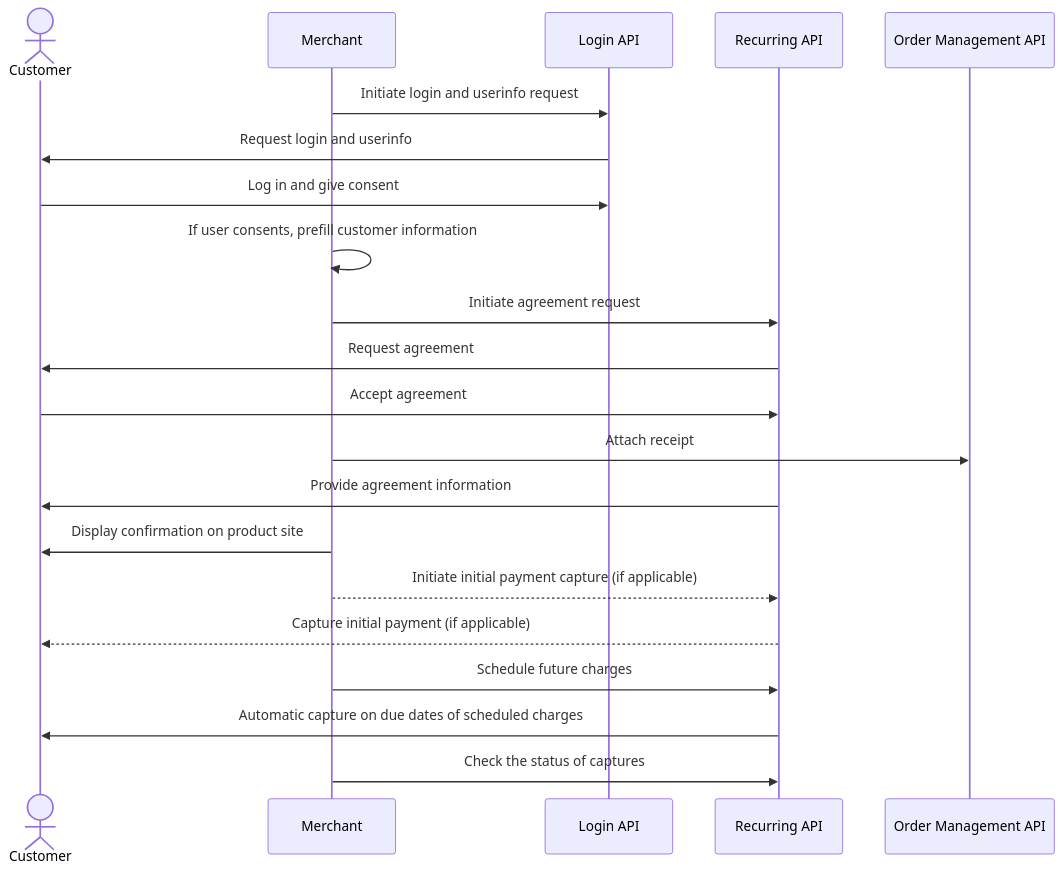
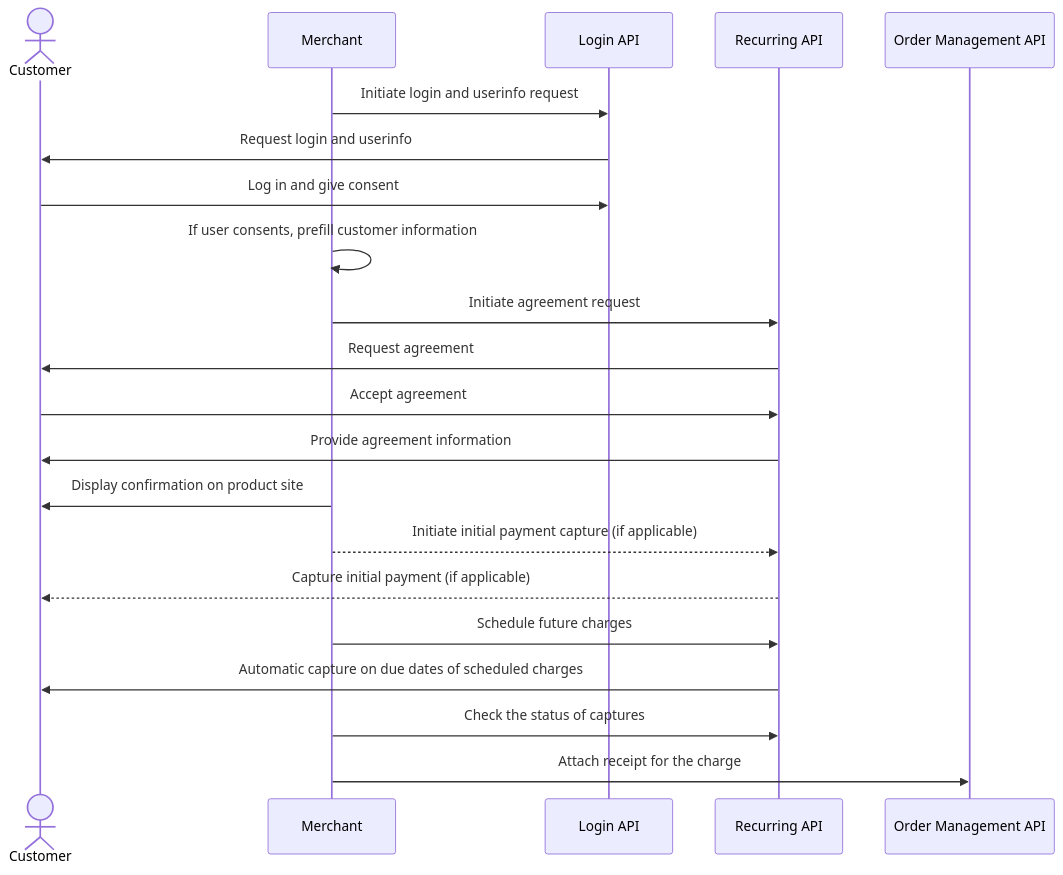
One commit to vippsas/vipps-solutions changed the diagram in recurring-and-login/README.md. Above: the diagram before and after it, drawn with Mermaid. The commit also changed other lines of this file and 1 other file, not shown here.

Commit message:
Attach receipt for recurring

````diff
--- a/recurring-and-login/README.md
+++ b/recurring-and-login/README.md
@@ -110,24 +118,24 @@
 ``` mermaid
 sequenceDiagram
     actor C as Customer
     participant M as Merchant
     participant Login as Login API
     participant Recurring as Recurring API
     participant ordermanagement as Order Management API
 
     M->>Login: Initiate login and userinfo request
     Login->>C: Request login and userinfo
     C->>Login: Log in and give consent
     M->>M: If user consents, prefill customer information
     M->>Recurring: Initiate agreement request
     Recurring->>C: Request agreement
     C->>Recurring: Accept agreement
-    M->> ordermanagement: Attach receipt
     Recurring->>C: Provide agreement information
     M->>C: Display confirmation on product site
     M-->>Recurring: Initiate initial payment capture (if applicable)
     Recurring-->>C: Capture initial payment (if applicable)
     M->>Recurring: Schedule future charges
     Recurring->>C: Automatic capture on due dates of scheduled charges
     M->>Recurring: Check the status of captures
+    M->> ordermanagement: Attach receipt for the charge
 ```
````
